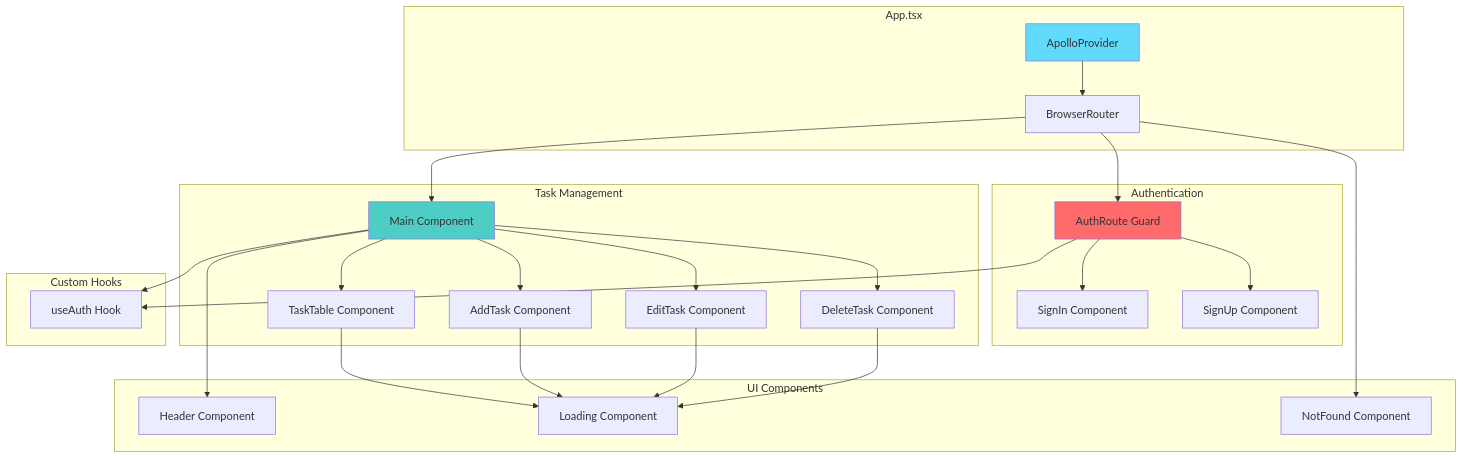
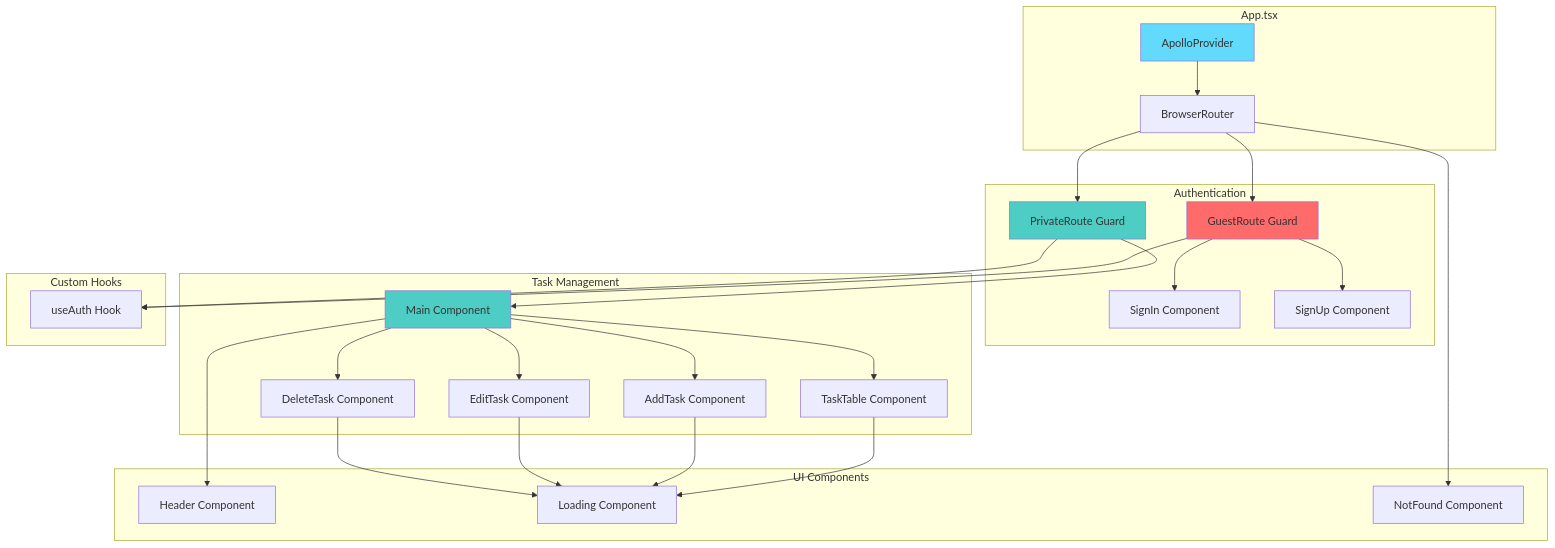
Before and after one commit to hideaki1979/ud_NestJS_GraphQL: the second of 4 diagrams in frontend/README.md, drawn with Mermaid. The commit also changed other lines of this file and 3 other files, not shown here.

````diff
--- a/frontend/README.md
+++ b/frontend/README.md
@@ -72,57 +72,60 @@
 ```mermaid
 graph TB
     subgraph "App.tsx"
         ApolloProvider[ApolloProvider]
         Router[BrowserRouter]
     end
 
     subgraph "Authentication"
         SignIn[SignIn Component]
         SignUp[SignUp Component]
-        AuthRoute[AuthRoute Guard]
+        GuestRoute[GuestRoute Guard]
+        PrivateRoute[PrivateRoute Guard]
     end
 
     subgraph "Task Management"
         Main[Main Component]
         TaskTable[TaskTable Component]
         AddTask[AddTask Component]
         EditTask[EditTask Component]
         DeleteTask[DeleteTask Component]
     end
 
     subgraph "UI Components"
         Header[Header Component]
         Loading[Loading Component]
         NotFound[NotFound Component]
     end
 
     subgraph "Custom Hooks"
         useAuth[useAuth Hook]
     end
 
     ApolloProvider --> Router
-    Router --> AuthRoute
-    Router --> Main
+        Router --> GuestRoute
+    Router --> PrivateRoute
     Router --> NotFound
 
-    AuthRoute --> SignIn
-    AuthRoute --> SignUp
+    GuestRoute --> SignIn
+    GuestRoute --> SignUp
+    PrivateRoute --> Main
 
     Main --> Header
     Main --> TaskTable
     Main --> AddTask
     Main --> EditTask
     Main --> DeleteTask
 
     TaskTable --> Loading
     AddTask --> Loading
     EditTask --> Loading
     DeleteTask --> Loading
 
-    AuthRoute --> useAuth
-    Main --> useAuth
+    GuestRoute --> useAuth
+    PrivateRoute --> useAuth
 
     style ApolloProvider fill:#61dafb
     style Main fill:#4ecdc4
-    style AuthRoute fill:#ff6b6b
+    style GuestRoute fill:#ff6b6b
+    style PrivateRoute fill:#4ecdc4
 ```
````
